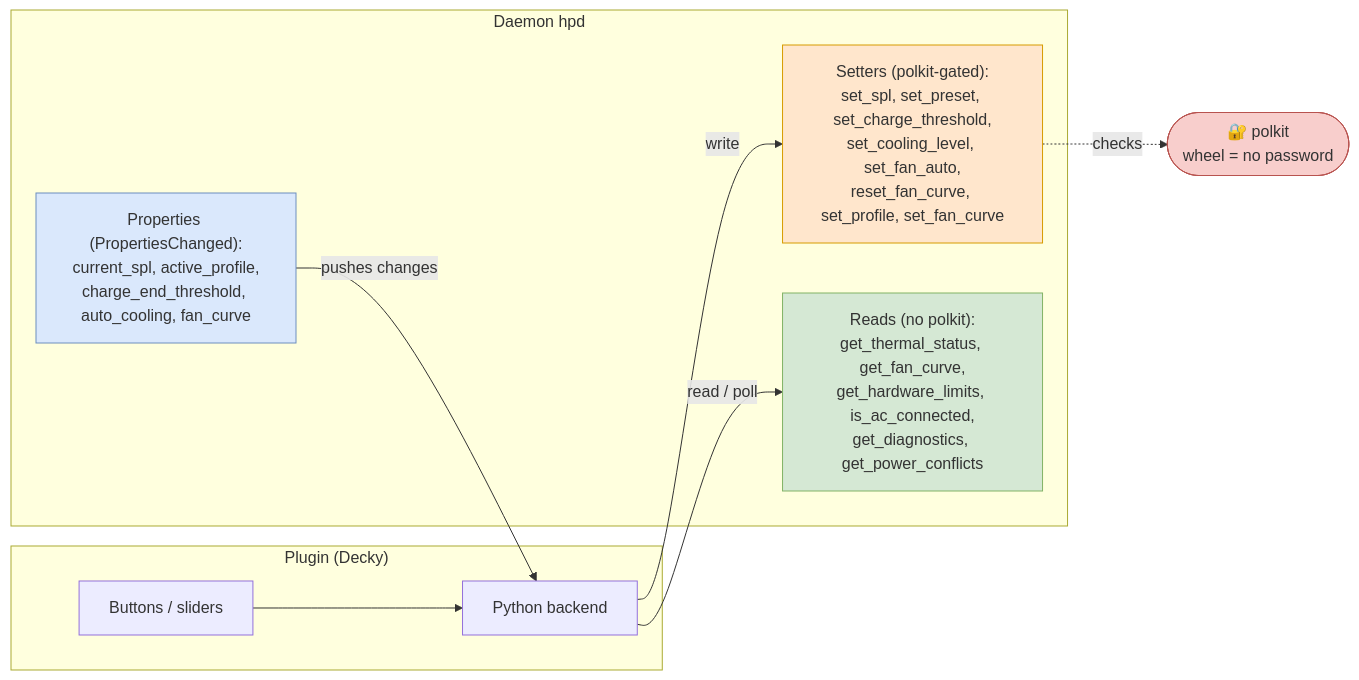
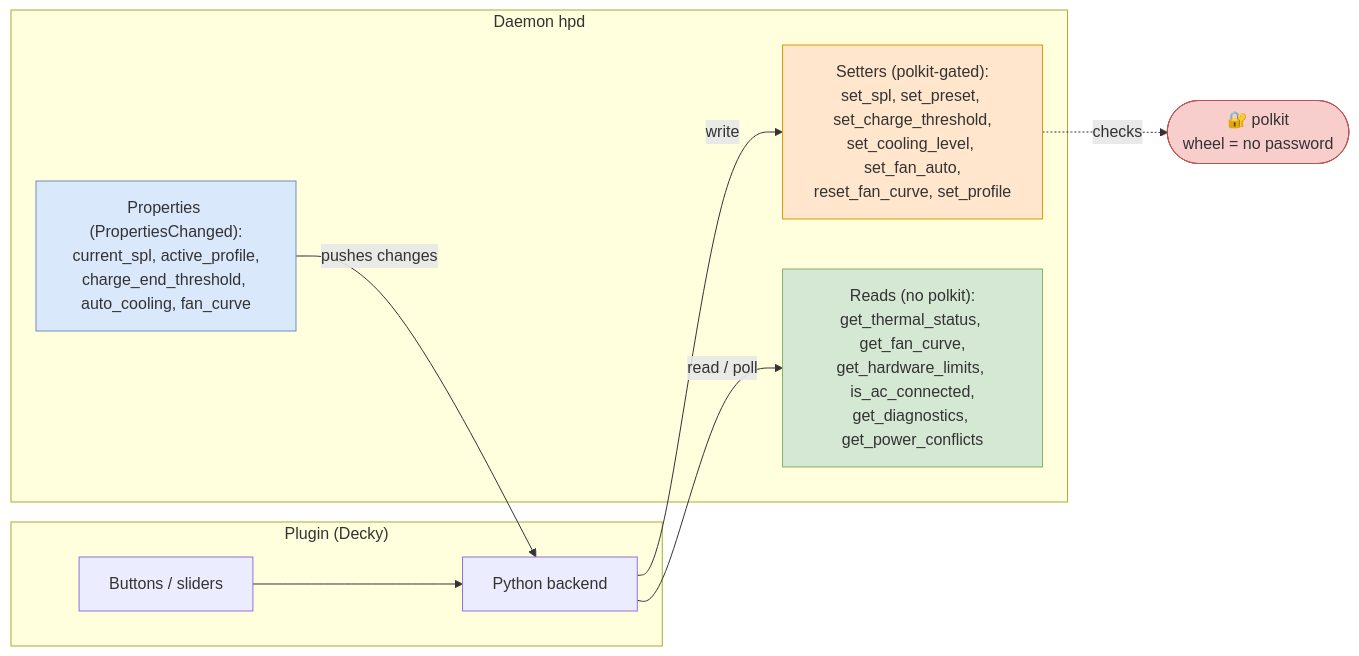
One commit to CiroDev-Git/hpd-handheld-power-daemon changed the tenth of 17 diagrams in docs/DIAGRAMS.md. Above: the diagram before and after it, drawn with Mermaid. The commit also changed 14 other files, not shown here.

````diff
--- a/docs/DIAGRAMS.md
+++ b/docs/DIAGRAMS.md
@@ -254,24 +254,24 @@
 ```mermaid
 flowchart LR
     subgraph PLUGIN["Plugin (Decky)"]
         FEc["Buttons / sliders"]
         PYc["Python backend"]
     end
     subgraph DAEMON["Daemon hpd"]
-        SET["Setters (polkit-gated):<br/>set_spl, set_preset, set_charge_threshold,<br/>set_cooling_level, set_fan_auto,<br/>reset_fan_curve, set_profile, set_fan_curve"]
+        SET["Setters (polkit-gated):<br/>set_spl, set_preset, set_charge_threshold,<br/>set_cooling_level, set_fan_auto,<br/>reset_fan_curve, set_profile"]
         GET["Reads (no polkit):<br/>get_thermal_status, get_fan_curve,<br/>get_hardware_limits, is_ac_connected,<br/>get_diagnostics, get_power_conflicts"]
         PROP["Properties (PropertiesChanged):<br/>current_spl, active_profile,<br/>charge_end_threshold, auto_cooling, fan_curve"]
     end
     POLKIT(["🔐 polkit<br/>wheel = no password"])
 
     FEc --> PYc
     PYc -->|"write"| SET
     SET -.->|"checks"| POLKIT
     PYc -->|"read / poll"| GET
     PROP -->|"pushes changes"| PYc
 
     style SET fill:#ffe6cc,stroke:#d79b00
     style GET fill:#d5e8d4,stroke:#82b366
     style PROP fill:#dae8fc,stroke:#6c8ebf
     style POLKIT fill:#f8cecc,stroke:#b85450
 ```
````
